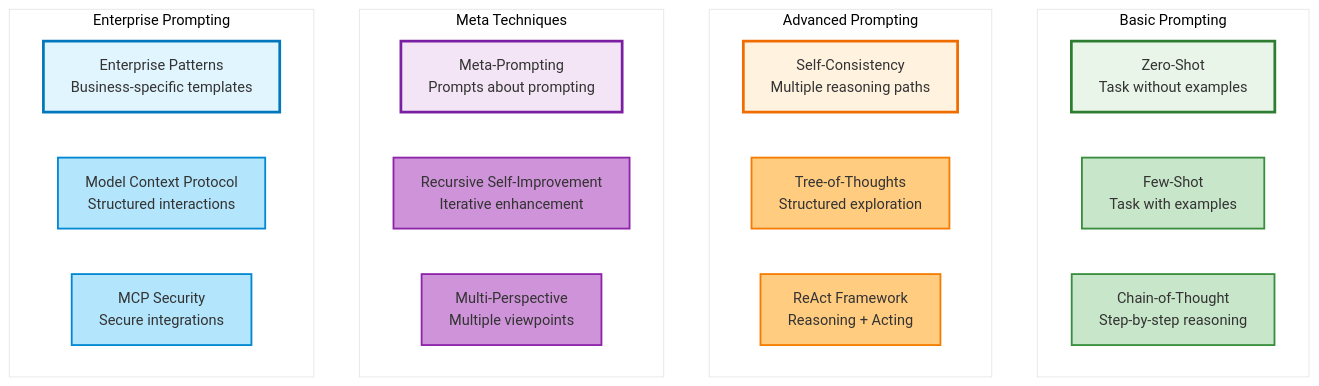
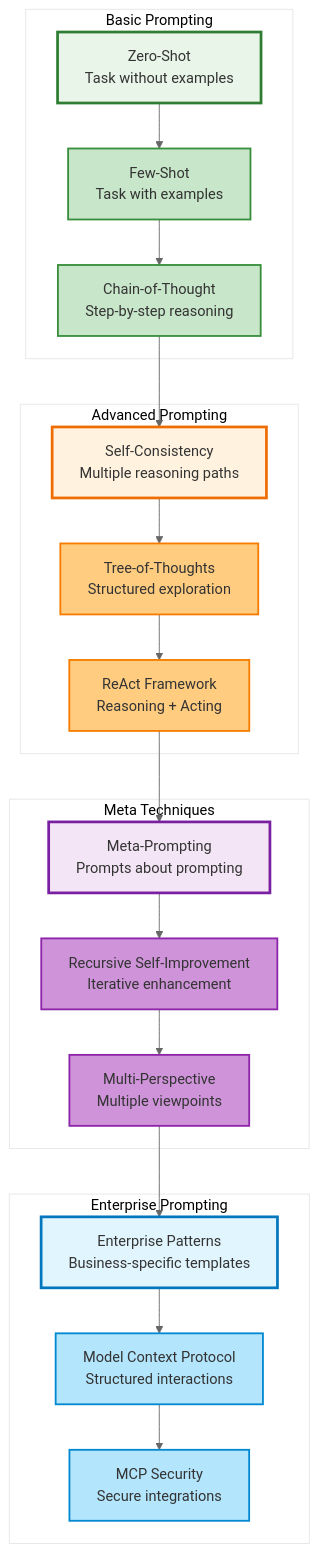
One commit to kishorekkota/kishorekkota.github.io changed the seventh of 29 diagrams in llm_ai/ai_concepts_visualizations.md. Above: the diagram before and after it, drawn with Mermaid.

````diff
--- a/llm_ai/ai_concepts_visualizations.md
+++ b/llm_ai/ai_concepts_visualizations.md
@@ -285,42 +285,68 @@
 ```mermaid
 %%{init: {'theme':'base', 'themeVariables': { 'primaryColor': '#ffffff', 'primaryTextColor': '#333333', 'primaryBorderColor': '#cccccc', 'lineColor': '#666666'}}}%%
 graph TB
     subgraph SG1 ["Basic Prompting"]
         ZS[Zero-Shot<br/>Task without examples]
         FS[Few-Shot<br/>Task with examples]
         CoT[Chain-of-Thought<br/>Step-by-step reasoning]
     end
     
     subgraph SG2 ["Advanced Prompting"]
         SC[Self-Consistency<br/>Multiple reasoning paths]
         ToT[Tree-of-Thoughts<br/>Structured exploration]
         ReAct[ReAct Framework<br/>Reasoning + Acting]
     end
     
     subgraph SG3 ["Meta Techniques"]
         MP[Meta-Prompting<br/>Prompts about prompting]
         RSI[Recursive Self-Improvement<br/>Iterative enhancement]
         MPV[Multi-Perspective<br/>Multiple viewpoints]
     end
     
     subgraph SG4 ["Enterprise Prompting"]
         EP[Enterprise Patterns<br/>Business-specific templates]
         MCP[Model Context Protocol<br/>Structured interactions]
         MCPS[MCP Security<br/>Secure integrations]
     end
     
     style ZS fill:#e8f5e8,stroke:#2e7d32,stroke-width:3px
     style SC fill:#fff3e0,stroke:#ef6c00,stroke-width:3px
     style MP fill:#f3e5f5,stroke:#7b1fa2,stroke-width:3px
     style EP fill:#e1f5fe,stroke:#0277bd,stroke-width:3px
     style FS fill:#c8e6c9,stroke:#388e3c,stroke-width:2px
     style CoT fill:#c8e6c9,stroke:#388e3c,stroke-width:2px
     style ToT fill:#ffcc80,stroke:#f57c00,stroke-width:2px
     style ReAct fill:#ffcc80,stroke:#f57c00,stroke-width:2px
     style RSI fill:#ce93d8,stroke:#8e24aa,stroke-width:2px
     style MPV fill:#ce93d8,stroke:#8e24aa,stroke-width:2px
     style MCP fill:#b3e5fc,stroke:#0288d1,stroke-width:2px
     style MCPS fill:#b3e5fc,stroke:#0288d1,stroke-width:2px
 
+    
+    ZS --> FS
+    FS --> CoT
+    CoT --> SC
+    SC --> ToT
+    ToT --> ReAct
+    ReAct --> MP
+    MP --> RSI
+    RSI --> MPV
+    MPV --> EP
+    EP --> MCP
+    MCP --> MCPS
+    
+    style ZS fill:#e8f5e8,stroke:#2e7d32,stroke-width:3px
+    style SC fill:#fff3e0,stroke:#ef6c00,stroke-width:3px
+    style MP fill:#f3e5f5,stroke:#7b1fa2,stroke-width:3px
+    style EP fill:#e1f5fe,stroke:#0277bd,stroke-width:3px
+    style FS fill:#c8e6c9,stroke:#388e3c,stroke-width:2px
+    style CoT fill:#c8e6c9,stroke:#388e3c,stroke-width:2px
+    style ToT fill:#ffcc80,stroke:#f57c00,stroke-width:2px
+    style ReAct fill:#ffcc80,stroke:#f57c00,stroke-width:2px
+    style RSI fill:#ce93d8,stroke:#8e24aa,stroke-width:2px
+    style MPV fill:#ce93d8,stroke:#8e24aa,stroke-width:2px
+    style MCP fill:#b3e5fc,stroke:#0288d1,stroke-width:2px
+    style MCPS fill:#b3e5fc,stroke:#0288d1,stroke-width:2px
+
 
 ```
````
